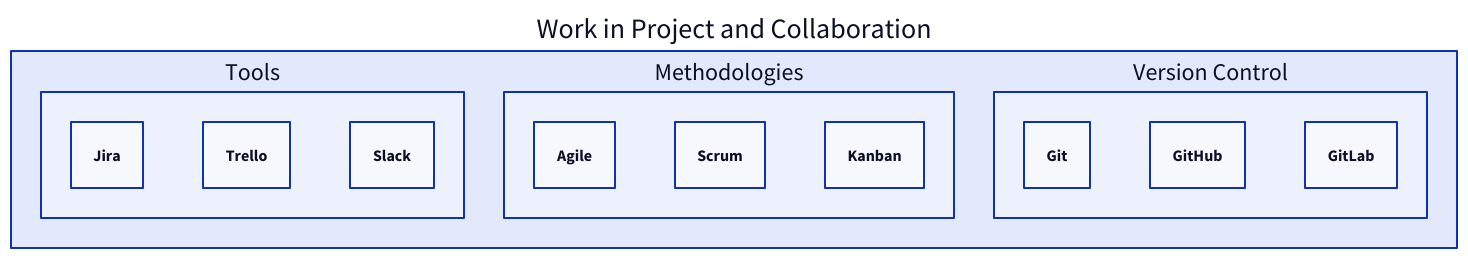
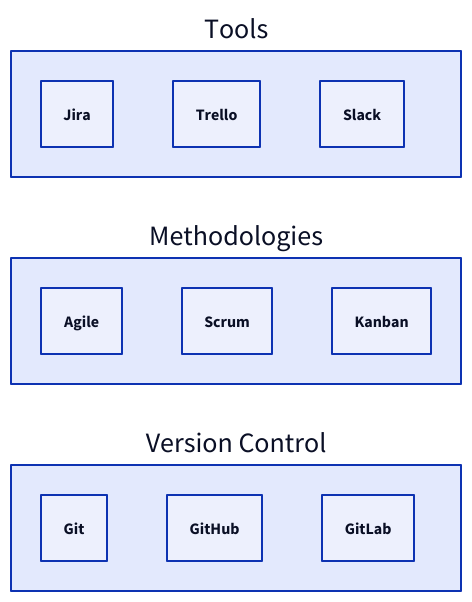
The diagram in blogs/computer-vision-road-map/work_in_project.d2 (maycuatroi/blog), drawn with D2 before and after one commit. The commit also changed other lines of this file and 21 other files, not shown here.

Commit message:
- update roadmap

```diff
--- a/blogs/computer-vision-road-map/work_in_project.d2
+++ b/blogs/computer-vision-road-map/work_in_project.d2
@@ -1,40 +1,39 @@
+label: "Work in Project and Collaboration"
+tools: {
+  label: "Tools"
+  jira: {
+    label: "Jira"
+  }
+  trello: {
+    label: "Trello"
+  }
+  slack: {
+    label: "Slack"
+  }
+}
+methodologies: {
+  label: "Methodologies"
+  agile: {
+    label: "Agile"
+  }
+  scrum: {
+    label: "Scrum"
+  }
+  kanban: {
+    label: "Kanban"
+  }
+}
+version_control: {
+  label: "Version Control"
+  git: {
+    label: "Git"
+  }
+  github: {
+    label: "GitHub"
+  }
+  gitlab: {
+    label: "GitLab"
+  }
+}
 
-work_in_project: {
-    label: "Work in Project and Collaboration"
-    tools: {
-      label: "Tools"
-      jira: {
-        label: "Jira"
-      }
-      trello: {
-        label: "Trello"
-      }
-      slack: {
-        label: "Slack"
-      }
-    }
-    methodologies: {
-      label: "Methodologies"
-      agile: {
-        label: "Agile"
-      }
-      scrum: {
-        label: "Scrum"
-      }
-      kanban: {
-        label: "Kanban"
-      }
-    }
-    version_control: {
-      label: "Version Control"
-      git: {
-        label: "Git"
-      }
-      github: {
-        label: "GitHub"
-      }
-      gitlab: {
-        label: "GitLab"
-      }
-    }
-  }
+grid-rows: 3
```
